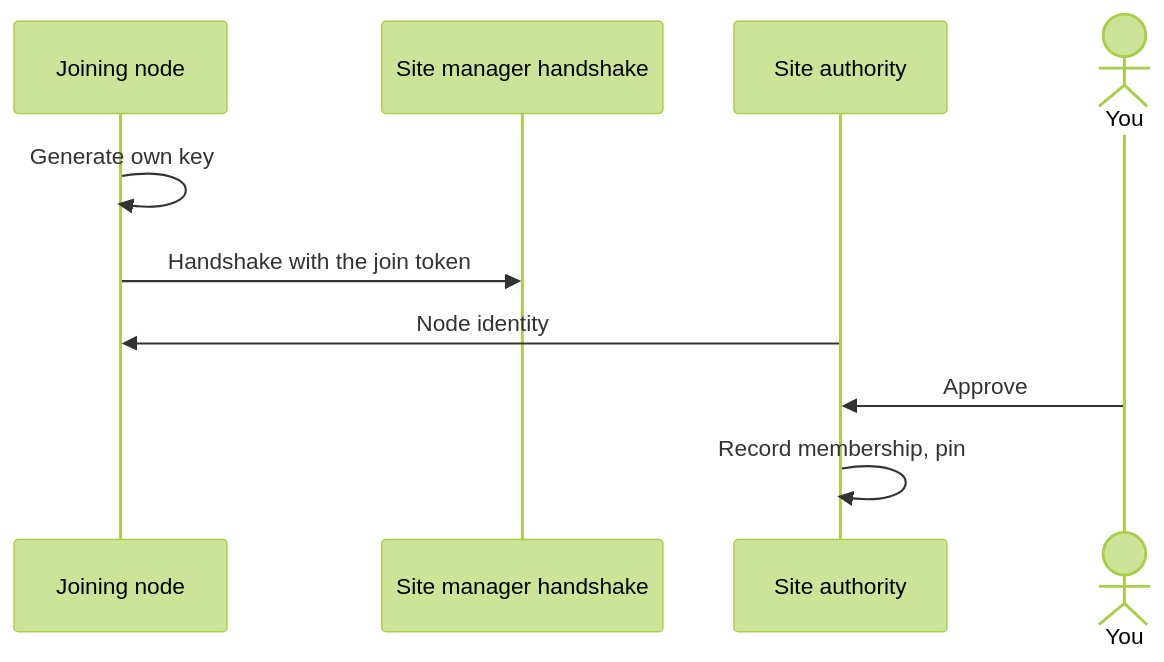
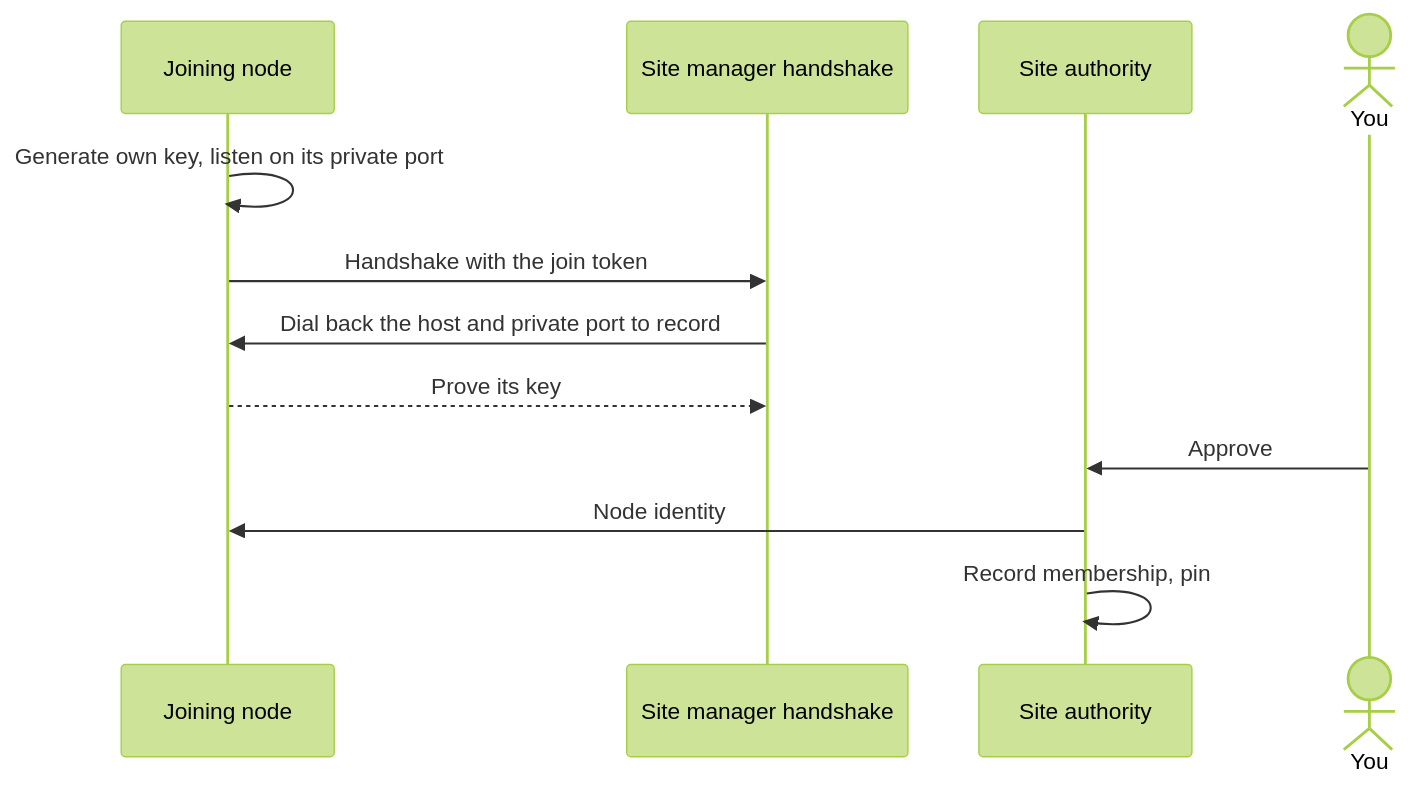
The second of 3 diagrams in docs/specs/access.md (dotcoreai/dotcore), drawn with Mermaid (forest theme) before and after one commit. The commit also changed other lines of this file and 22 other files, not shown here.

Commit message:
feat(backend): dial back the joining node before approving the join

````diff
--- a/docs/specs/access.md
+++ b/docs/specs/access.md
@@ -40,12 +40,14 @@
 ```mermaid
 sequenceDiagram
   participant N as Joining node
   participant SM as Site manager handshake
   participant SA as Site authority
   actor OP as You
-  N->>N: Generate own key
+  N->>N: Generate own key, listen on its private port
   N->>SM: Handshake with the join token
+  SM->>N: Dial back the host and private port to record
+  N-->>SM: Prove its key
+  OP->>SA: Approve
   SA->>N: Node identity
-  OP->>SA: Approve
   SA->>SA: Record membership, pin
 ```
````
